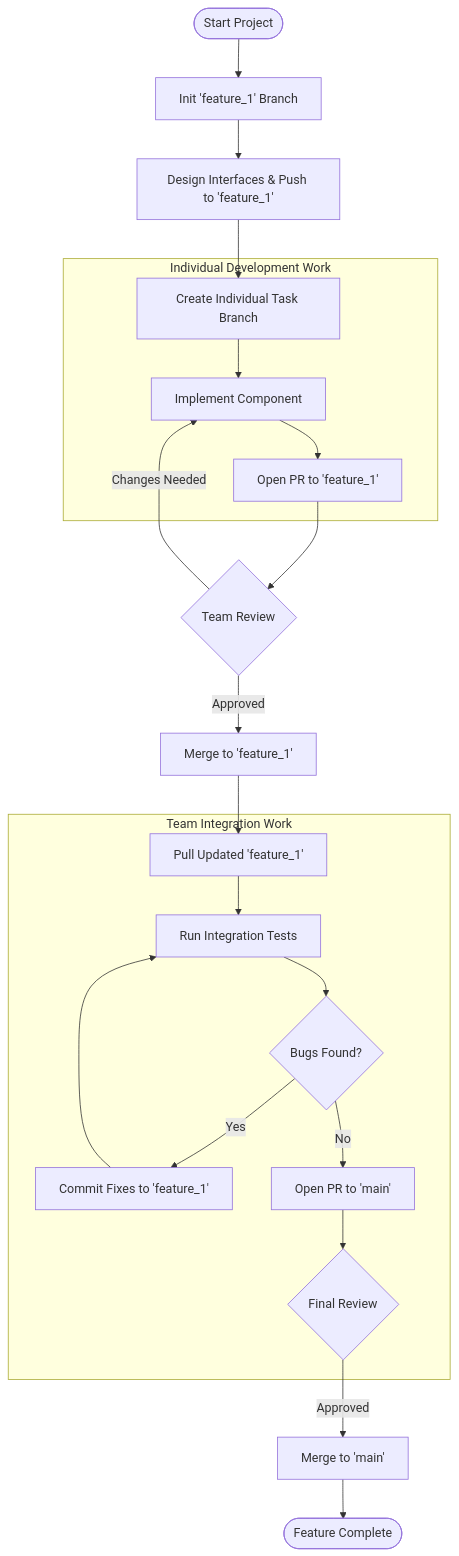
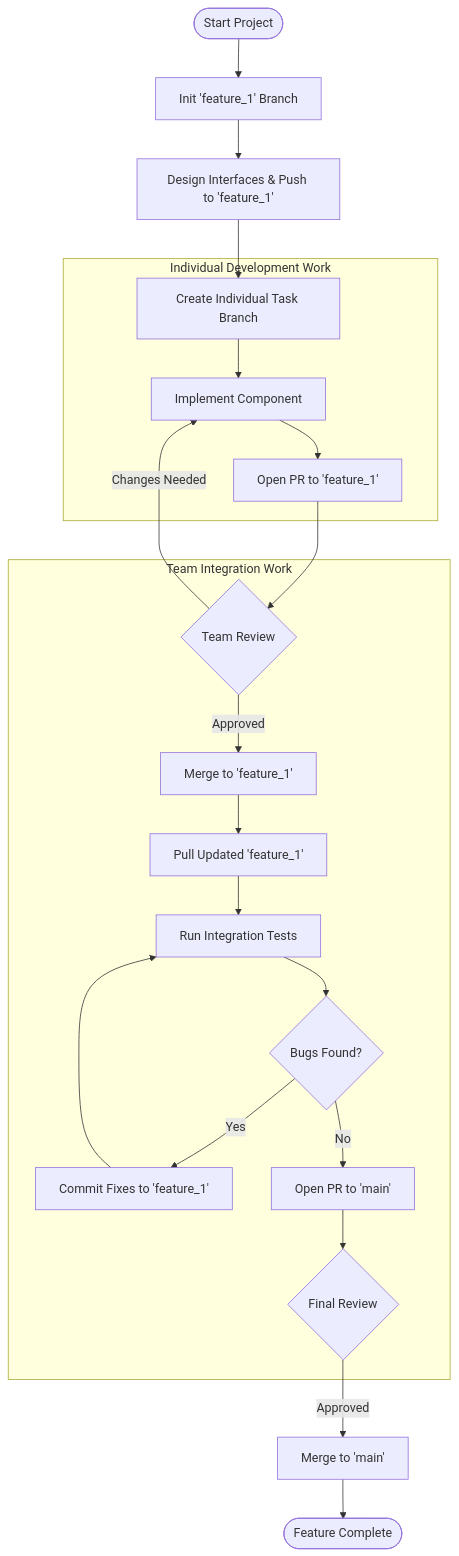
The first of 2 diagrams in README.md (cse4504-wustl/workflow), drawn with Mermaid before and after one commit. The commit also changed other lines of this file, not shown here.

Commit message:
Remove duplicate subgraph for Team Integration Work

````diff
--- a/README.md
+++ b/README.md
@@ -2,27 +2,27 @@
 ```mermaid
 flowchart TD
     Start([Start Project]) --> InitFeature[Init 'feature_1' Branch]
     InitFeature --> Design[Design Interfaces & Push to 'feature_1']
     Design --> BranchInd[Create Individual Task Branch]
 
     subgraph Individual Development Work
     BranchInd --> Implement[Implement Component]
     Implement --> PR_Ind[Open PR to 'feature_1']
     end
+
+    subgraph Team Integration Work
     Review_Ind -- Changes Needed --> Implement
     PR_Ind --> Review_Ind{Team Review}
     Review_Ind -- Approved --> Merge_Ind[Merge to 'feature_1']    
     Merge_Ind --> Pull[Pull Updated 'feature_1']
-
-    subgraph Team Integration Work
     Pull --> Test[Run Integration Tests]
     Test --> Fix{Bugs Found?}
     Fix -- Yes --> FixCommit[Commit Fixes to 'feature_1']
     FixCommit --> Test
     Fix -- No --> FinalPR[Open PR to 'main']
     FinalPR --> Review_Final{Final Review}
     end
 
     Review_Final -- Approved --> MainMerge[Merge to 'main']
     MainMerge --> Done([Feature Complete])
 ```
````
